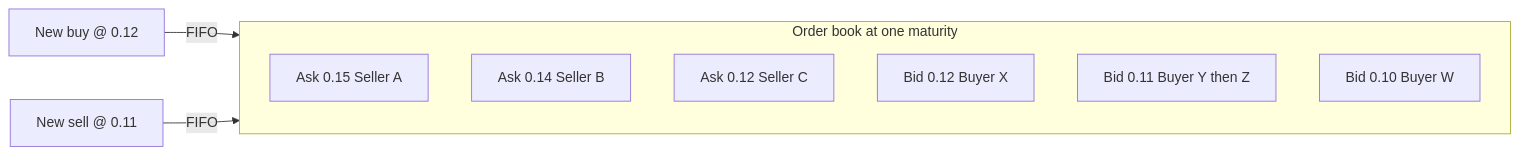
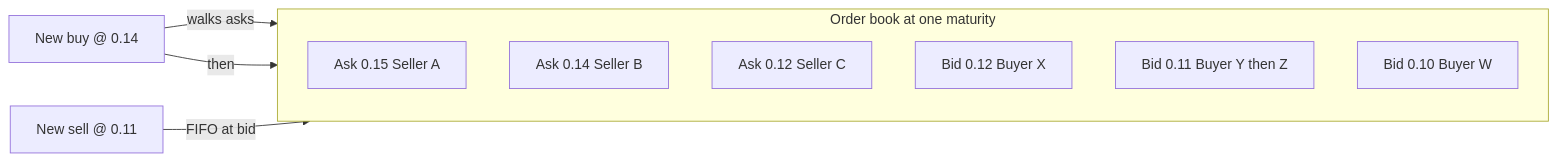
One commit to Lumerin-protocol/futures-marketplace changed the first of 2 diagrams in docs/04.Trading-Guide.md. Above: the diagram before and after it, drawn with Mermaid. The commit also changed other lines of this file and 10 other files, not shown here.

````diff
--- a/docs/04.Trading-Guide.md
+++ b/docs/04.Trading-Guide.md
@@ -51,14 +55,15 @@
 ```mermaid
 flowchart LR
   subgraph book [Order book at one maturity]
     direction TB
     A1[Ask 0.15 Seller A]
     A2[Ask 0.14 Seller B]
     A3[Ask 0.12 Seller C]
     B1[Bid 0.12 Buyer X]
     B2[Bid 0.11 Buyer Y then Z]
     B3[Bid 0.10 Buyer W]
   end
-  N1[New buy @ 0.12] -->|FIFO| A3
-  N2[New sell @ 0.11] -->|FIFO| B2
+  N1[New buy @ 0.14] -->|walks asks| A3
+  N1 -->|then| A2
+  N2[New sell @ 0.11] -->|FIFO at bid| B2
 ```
````
